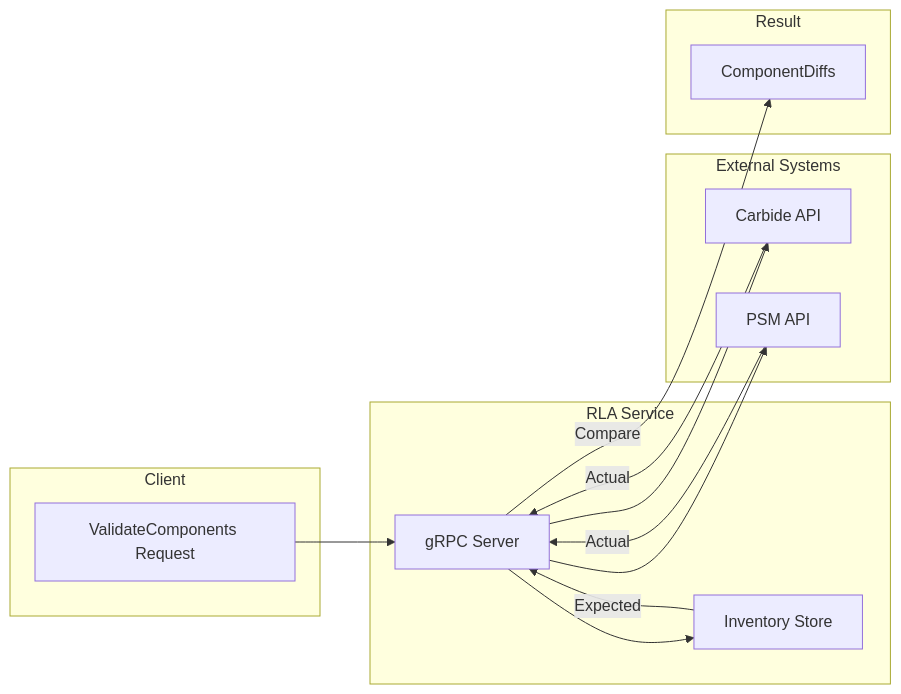
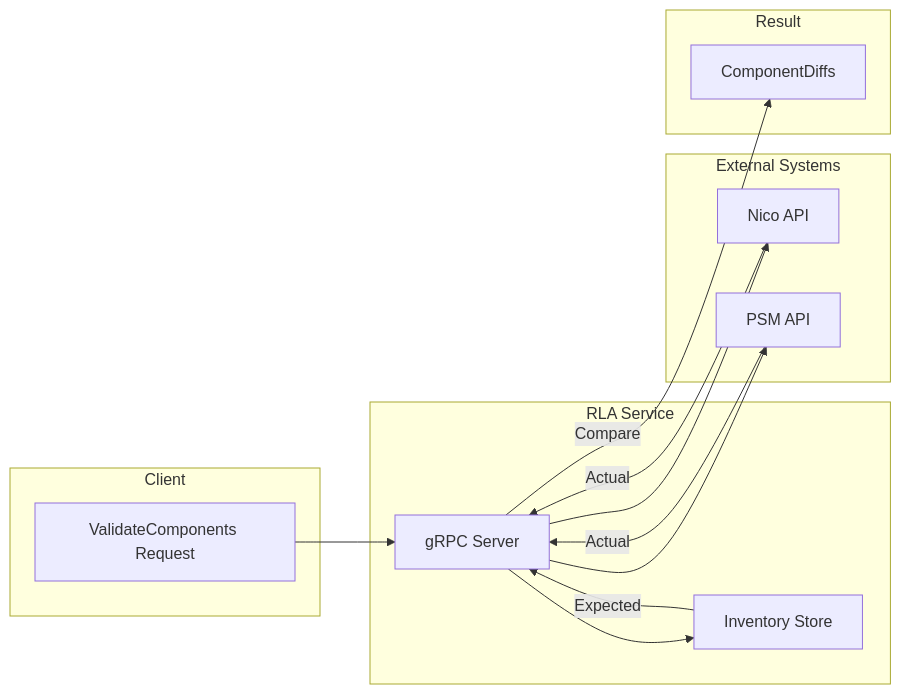
Before and after one commit to NVIDIA/ncx-infra-controller-rest: the third of 3 diagrams in rla/docs/rla-architecture.md, drawn with Mermaid. The commit also changed other lines of this file and 814 other files, not shown here.

First line of the commit message:
feat!: rename carbide/forge → nico across entire codebase

````diff
--- a/rla/docs/rla-architecture.md
+++ b/rla/docs/rla-architecture.md
@@ -416,29 +416,29 @@
 ```mermaid
 flowchart LR
     subgraph client [Client]
         req[ValidateComponents Request]
     end
 
     subgraph rla [RLA Service]
         server[gRPC Server]
         invStore[Inventory Store]
     end
 
     subgraph external [External Systems]
-        carbide[Carbide API]
+        nico[Nico API]
         psm[PSM API]
     end
 
     subgraph result [Result]
         diff[ComponentDiffs]
     end
 
     req --> server
     server --> invStore
     invStore -->|Expected| server
-    server --> carbide
+    server --> nico
     server --> psm
-    carbide -->|Actual| server
+    nico -->|Actual| server
     psm -->|Actual| server
     server -->|Compare| diff
 ```
````
